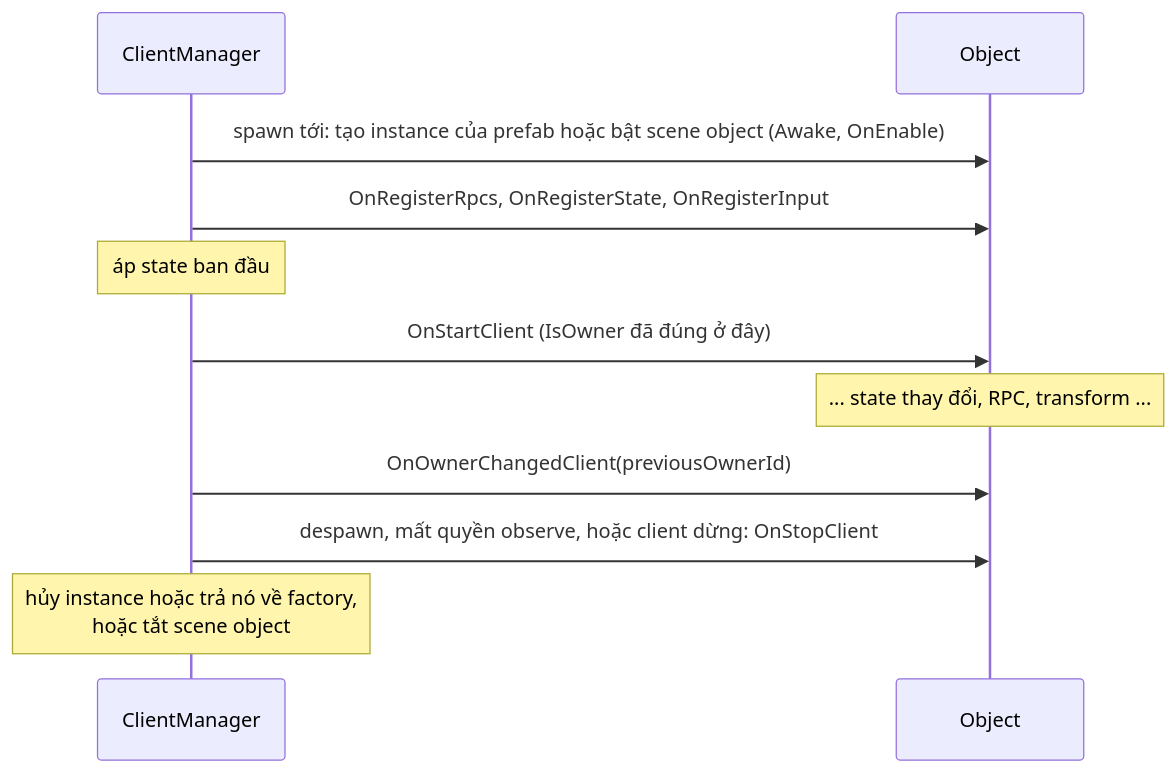
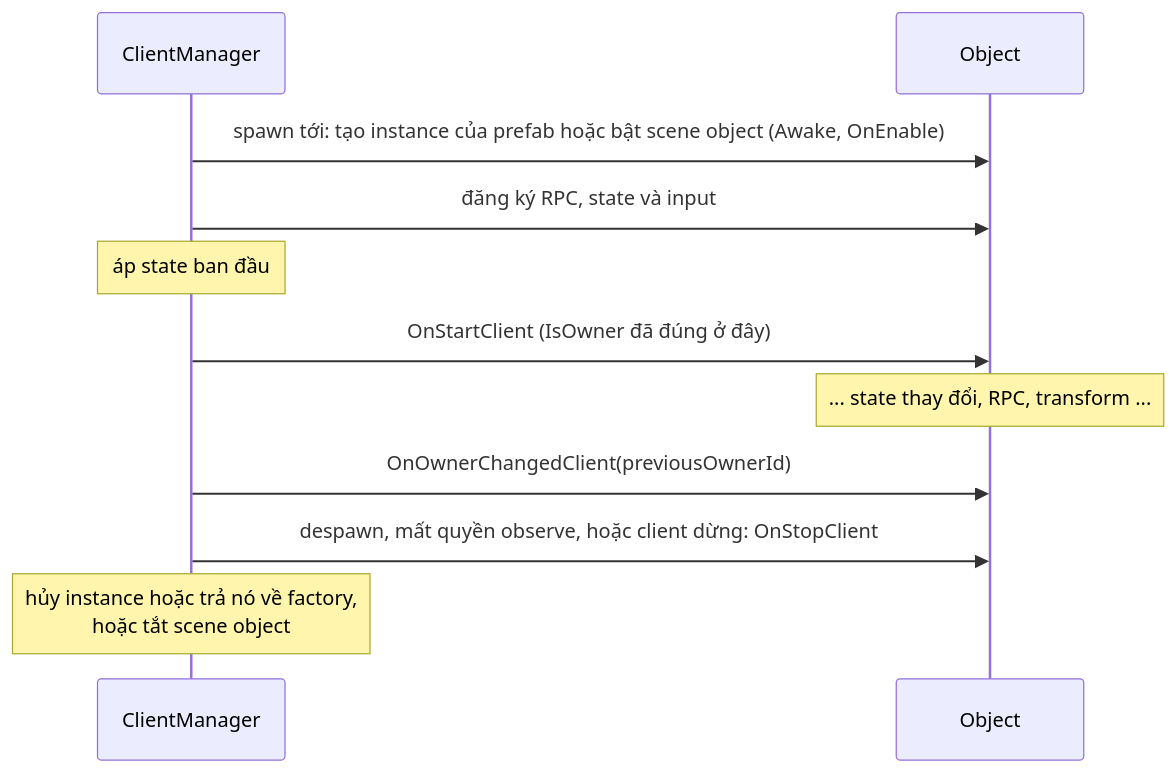
One commit to fomoxa/unity-docs changed the fourth of 4 diagrams in vi/concepts/lifecycle.md. Above: the diagram before and after it, drawn with Mermaid. The commit also changed other lines of this file and 110 other files, not shown here.

Commit message:
Rewrite unity-docs for the field-based API, with schema evolution rules (16.8)

````diff
--- a/vi/concepts/lifecycle.md
+++ b/vi/concepts/lifecycle.md
@@ -83,13 +83,13 @@
 ```mermaid
 sequenceDiagram
     participant CM as ClientManager
     participant Obj as Object
     CM->>Obj: spawn tới: tạo instance của prefab hoặc bật scene object (Awake, OnEnable)
-    CM->>Obj: OnRegisterRpcs, OnRegisterState, OnRegisterInput
+    CM->>Obj: đăng ký RPC, state và input
     Note over CM: áp state ban đầu
     CM->>Obj: OnStartClient (IsOwner đã đúng ở đây)
     Note over Obj: ... state thay đổi, RPC, transform ...
     CM->>Obj: OnOwnerChangedClient(previousOwnerId)
     CM->>Obj: despawn, mất quyền observe, hoặc client dừng: OnStopClient
     Note over CM: hủy instance hoặc trả nó về factory,<br/>hoặc tắt scene object
 ```
````
